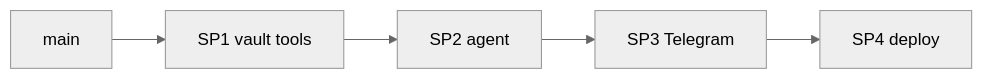
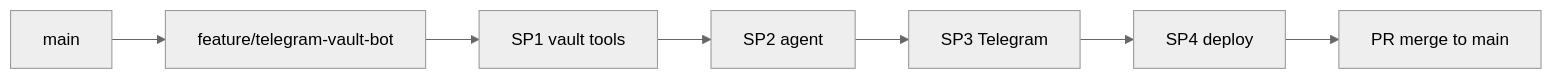
Before and after one commit to ethan-frost-xyz/founders-notes: the first of 2 diagrams in .cursor/plans/telegram_rag_bot_v0.plan.md, drawn with Mermaid (neutral theme). The commit also changed other lines of this file and 6 other files, not shown here.

First line of the commit message:
docs: align Telegram vault agent plan and docs after review.

````diff
--- a/.cursor/plans/telegram_rag_bot_v0.plan.md
+++ b/.cursor/plans/telegram_rag_bot_v0.plan.md
@@ -98,8 +99,10 @@
 ```mermaid
 flowchart LR
   main[main]
-  main --> sp1[SP1 vault tools]
+  main --> feat[feature/telegram-vault-bot]
+  feat --> sp1[SP1 vault tools]
   sp1 --> sp2[SP2 agent]
   sp2 --> sp3[SP3 Telegram]
   sp3 --> sp4[SP4 deploy]
+  sp4 --> pr[PR merge to main]
 ```
````
